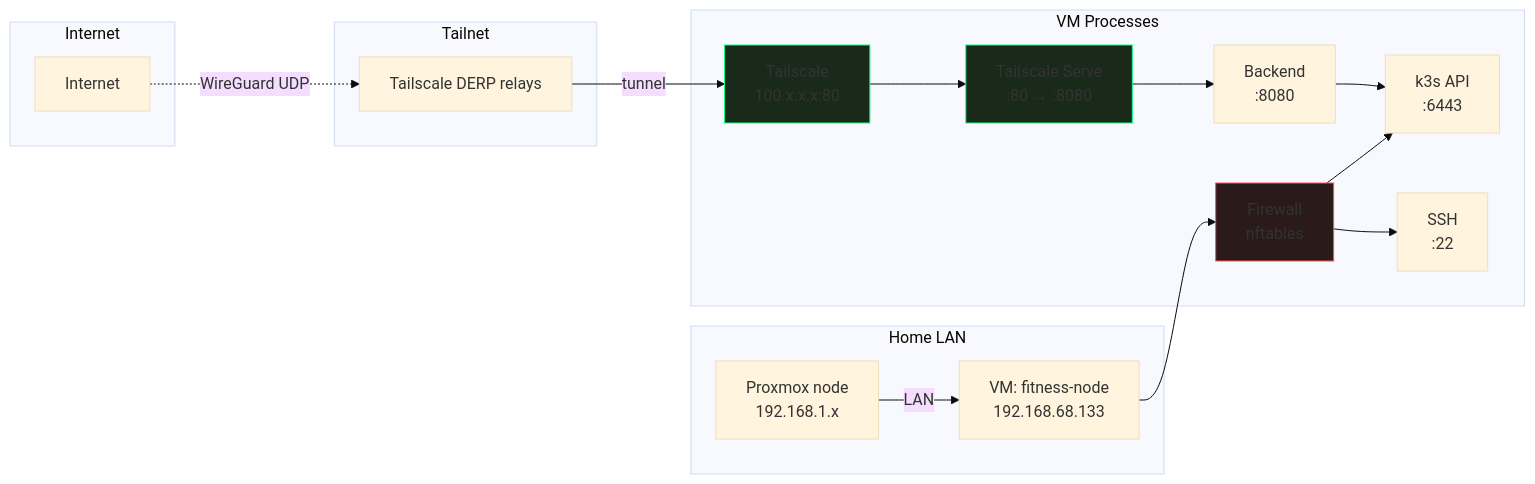
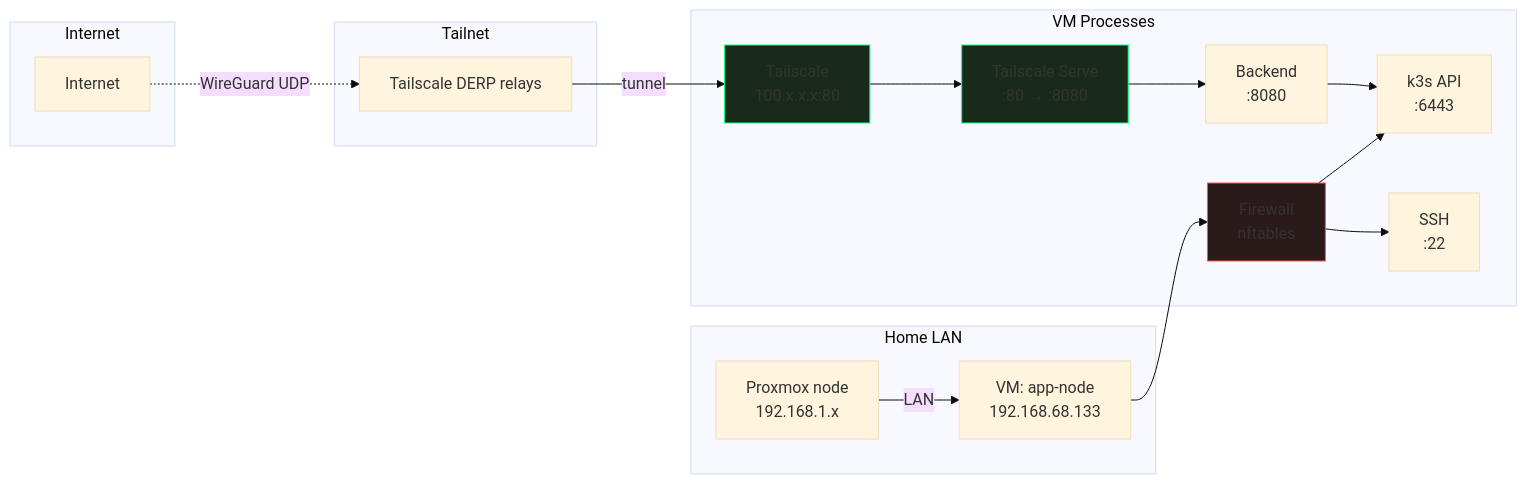
One commit to darrenmeehan/nix-config changed the fourth of 7 diagrams in docs/architecture.md. Above: the diagram before and after it, drawn with Mermaid (base theme). The commit also changed other lines of this file and 26 other files, not shown here.

First line of the commit message:
feat: edge router + mgmt + media hosts, app-node rename, netboot removal

````diff
--- a/docs/architecture.md
+++ b/docs/architecture.md
@@ -203,39 +203,39 @@
 ```mermaid
 flowchart LR
     subgraph "Internet"
         A[Internet]
     end
 
     subgraph "Tailnet"
         B[Tailscale DERP relays]
     end
 
     subgraph "Home LAN"
         C[Proxmox node<br/>192.168.1.x]
-        D[VM: fitness-node<br/>192.168.68.133]
+        D[VM: app-node<br/>192.168.68.133]
     end
 
     subgraph "VM Processes"
         E[Tailscale<br/>100.x.x.x:80]
         F[Firewall<br/>nftables]
         G[k3s API<br/>:6443]
         H[Backend<br/>:8080]
         I[SSH<br/>:22]
         J[Tailscale Serve<br/>:80 → :8080]
     end
 
     A -.->|WireGuard UDP| B
     B -->|tunnel| E
     E --> J
     J --> H
     H --> G
 
     C -->|LAN| D
     D --> F
     F --> I
     F --> G
 
     style E fill:#1a2a1a,stroke:#0fff81
     style F fill:#2a1a1a,stroke:#ff5252
     style J fill:#1a2a1a,stroke:#0fff81
 ```
````
